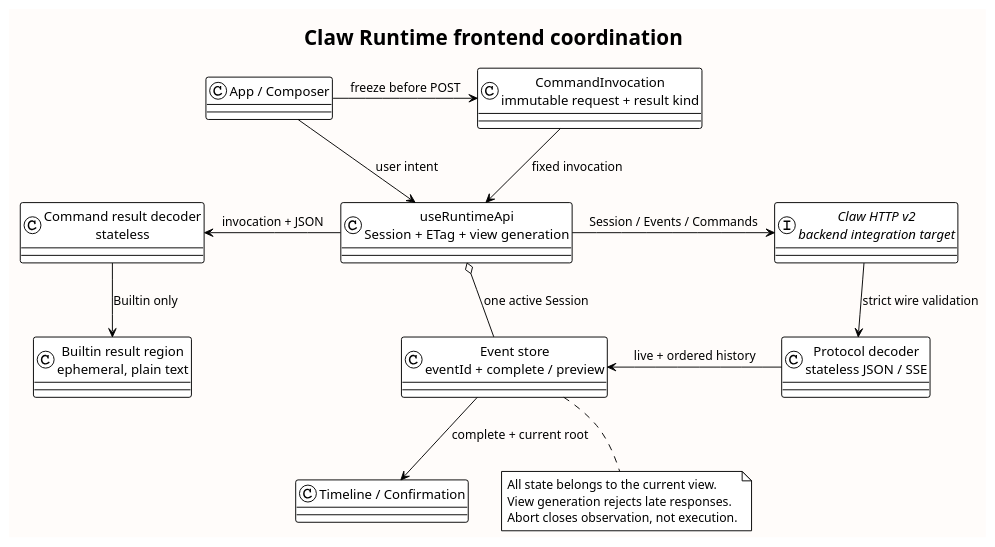
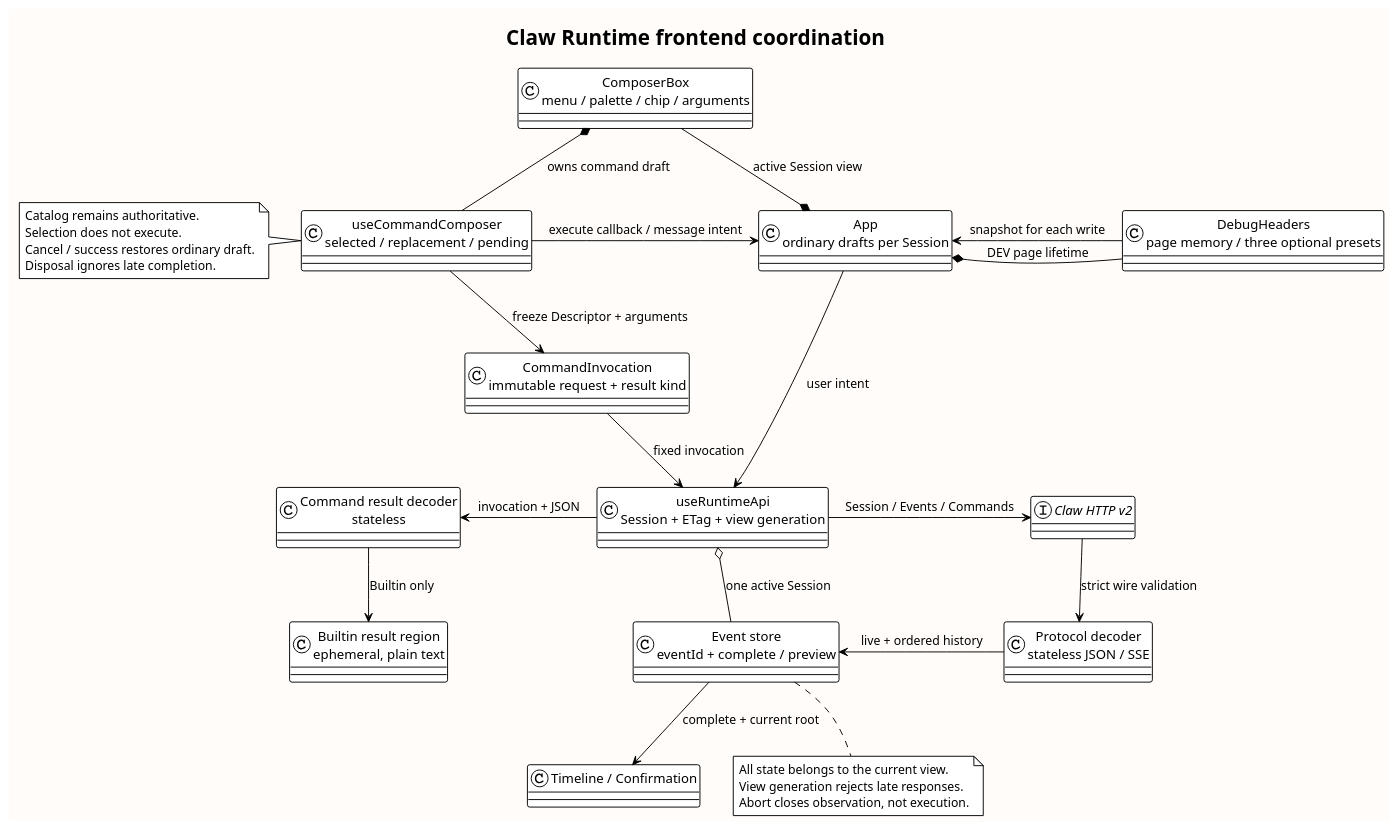
Before and after one commit to 2862282695gjh-afk/pi-mono-java: the diagram in docs/designs/frontend-events-v2/diagram.puml, drawn with PlantUML. The commit also changed 13 other files, not shown here.

```diff
--- a/docs/designs/frontend-events-v2/diagram.puml
+++ b/docs/designs/frontend-events-v2/diagram.puml
@@ -1,38 +1,60 @@
 @startuml frontend_event_coordination
 !theme plain
 title Claw Runtime frontend coordination
 top to bottom direction
 skinparam shadowing false
 skinparam backgroundColor #FFFCFA
-' Source baseline: pi-mono-java@821418e7f2ece298a04a066ab8d11d3388ef2f16
-' frontend/src/App.vue: useRuntimeApi, submit, ComposerBox
+' Initial source baseline: pi-mono-java@821418e7f2ece298a04a066ab8d11d3388ef2f16
+' Interaction source baseline: pi-mono-java@4cc8dd86f601417c22cf9306e52152acbb59bb60
+' frontend/src/App.vue: message, drafts, submit, ComposerBox Session key
+' frontend/src/components/ComposerBox.vue: enter, choose, submit
+' frontend/src/components/DebugHeaders.vue: rows, ensureTrailingRow, snapshot
+' frontend/src/runtime/commands.ts: freezeInvocation
+' frontend/src/composables/useRuntimeApi.ts: listCommands, executeCommand
 ' runtimeapi/vo/SessionEventResponseVO.java: shared complete event fields
 ' Full path: modules/coding-agent-cli/src/main/java/com/campusclaw/codingagent/runtimeapi/vo/SessionEventResponseVO.java
-' Observed behavior: legacy frontend has one active Session and no Slash mode.
+' Observed behavior: 4cc8dd8 already has Slash drafts and separate Builtin / Skill execution.
 ' Design reason: one authoritative store must serve live, recovery and control.
-' Target frontend is implemented in this change. HTTP v2 wiring is pending backend delivery.
-class "App / Composer" as App
+' Design reason: separate command arguments preserve ordinary drafts and verbatim input.
+' New target implemented here: frontend/src/composables/useCommandComposer.ts
+' New target implemented here: frontend/src/runtime/commands.ts: freezeCommandArguments
+' Real backend E2E remains outside this interaction validation.
+class "App\nordinary drafts per Session" as App
+class "ComposerBox\nmenu / palette / chip / arguments" as Composer
+class "useCommandComposer\nselected / replacement / pending" as Draft
+class "DebugHeaders\npage memory / three optional presets" as Headers
 class "CommandInvocation\nimmutable request + result kind" as Invocation
 class "useRuntimeApi\nSession + ETag + view generation" as Coordinator
 class "Event store\neventId + complete / preview" as Store
 class "Timeline / Confirmation" as Timeline
 class "Builtin result region\nephemeral, plain text" as Result
 class "Protocol decoder\nstateless JSON / SSE" as Decoder
 class "Command result decoder\nstateless" as Commands
-interface "Claw HTTP v2\nbackend integration target" as HTTP
-App -right-> Invocation : freeze before POST
+interface "Claw HTTP v2" as HTTP
+App *-left- Composer : active Session view
+Composer *-down- Draft : owns command draft
+App *-right- Headers : DEV page lifetime
+Headers -down-> App : snapshot for each write
+Draft -down-> Invocation : freeze Descriptor + arguments
+Draft -right-> App : execute callback / message intent
 App -down-> Coordinator : user intent
 Invocation -down-> Coordinator : fixed invocation
 Coordinator -right-> HTTP : Session / Events / Commands
 HTTP -down-> Decoder : strict wire validation
 Coordinator o-down- Store : one active Session
 Decoder -left-> Store : live + ordered history
 Store -down-> Timeline : complete + current root
 Coordinator -left-> Commands : invocation + JSON
 Commands -down-> Result : Builtin only
 note bottom of Store
   All state belongs to the current view.
   View generation rejects late responses.
   Abort closes observation, not execution.
 end note
+note left of Draft
+  Catalog remains authoritative.
+  Selection does not execute.
+  Cancel / success restores ordinary draft.
+  Disposal ignores late completion.
+end note
 @enduml
```
